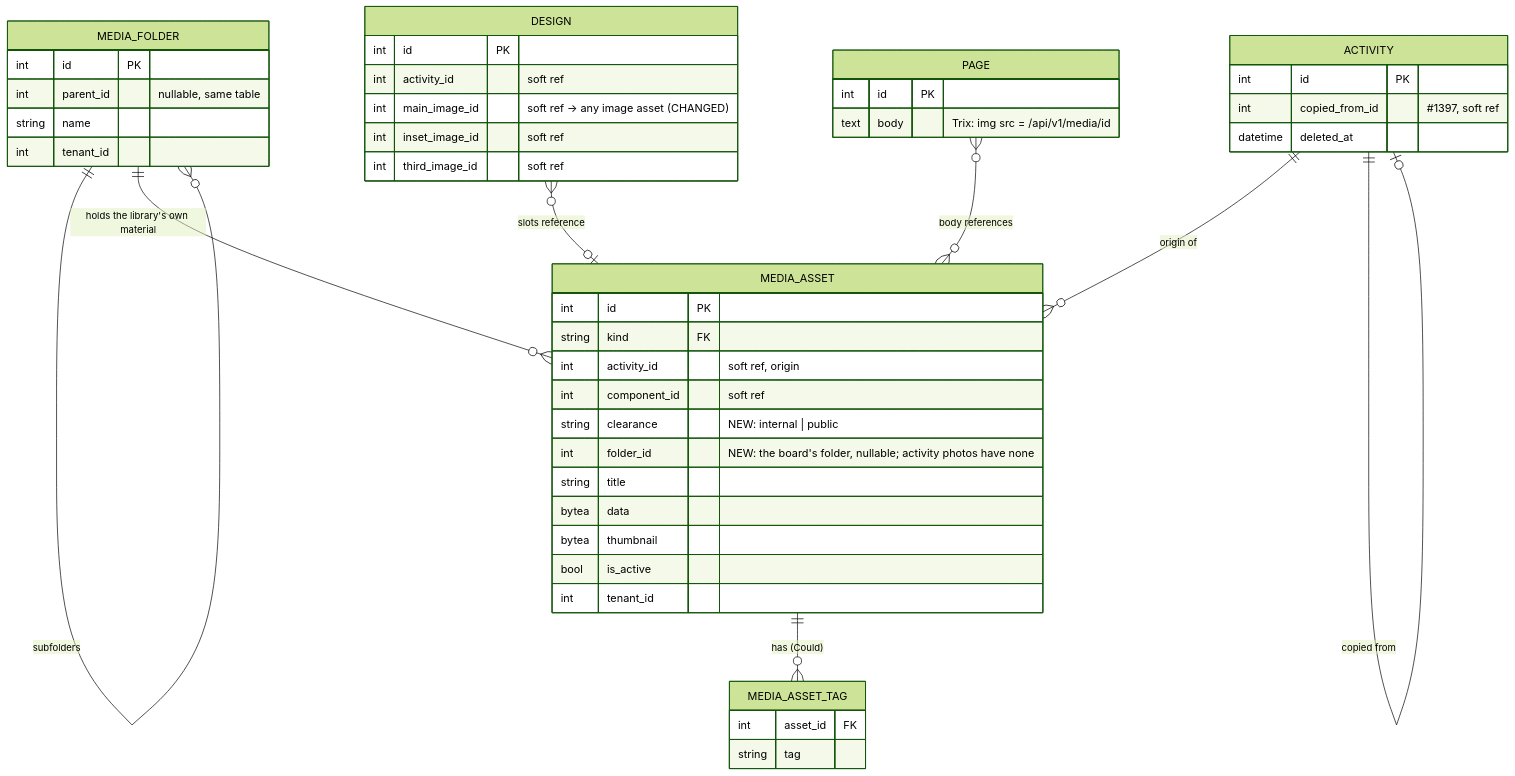
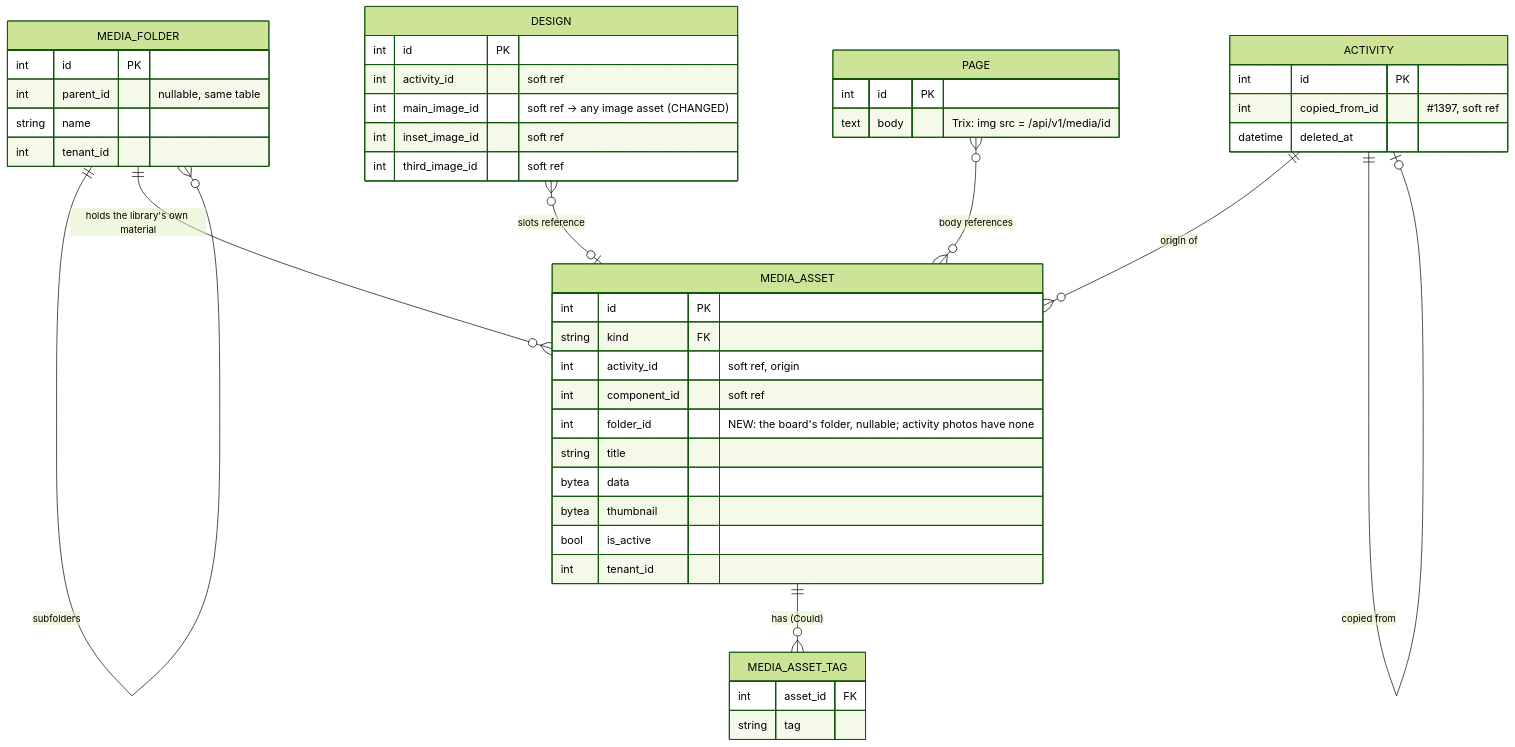
One commit to KoenRenders/KoenTest changed the fifth of 5 diagrams in docs/change_request_15_media_library.md. Above: the diagram before and after it, drawn with Mermaid (forest theme). The commit also changed other lines of this file, not shown here.

First line of the commit message:
docs(cr-15): the newsletter picker and the clearance removed everywhere they lingered after Koen's decisions — the B3 drawing, the data model, F2/F3/F8, C2, C3, C5, C9, the walkthrough; the folder tree and the one image size written into C2; no folders inside an activity's album (2 Oct 2026)

````diff
--- a/docs/change_request_15_media_library.md
+++ b/docs/change_request_15_media_library.md
@@ -321,49 +311,48 @@
 ```mermaid
 erDiagram
   MEDIA_ASSET {
     int id PK
     string kind FK
     int activity_id "soft ref, origin"
     int component_id "soft ref"
-    string clearance "NEW: internal | public"
     int folder_id "NEW: the board's folder, nullable; activity photos have none"
     string title
     bytea data
     bytea thumbnail
     bool is_active
     int tenant_id
   }
   MEDIA_FOLDER {
     int id PK
     int parent_id "nullable, same table"
     string name
     int tenant_id
   }
   MEDIA_ASSET_TAG {
     int asset_id FK
     string tag
   }
   ACTIVITY {
     int id PK
     int copied_from_id "#1397, soft ref"
     datetime deleted_at
   }
   DESIGN {
     int id PK
     int activity_id "soft ref"
     int main_image_id "soft ref → any image asset (CHANGED)"
     int inset_image_id "soft ref"
     int third_image_id "soft ref"
   }
   PAGE {
     int id PK
     text body "Trix: img src = /api/v1/media/id"
   }
   MEDIA_FOLDER ||--o{ MEDIA_FOLDER : "subfolders"
   MEDIA_FOLDER ||--o{ MEDIA_ASSET : "holds the library's own material"
   MEDIA_ASSET ||--o{ MEDIA_ASSET_TAG : "has (Could)"
   ACTIVITY ||--o{ MEDIA_ASSET : "origin of"
   ACTIVITY ||--o| ACTIVITY : "copied from"
   DESIGN }o--o| MEDIA_ASSET : "slots reference"
   PAGE }o--o{ MEDIA_ASSET : "body references"
 ```
````
